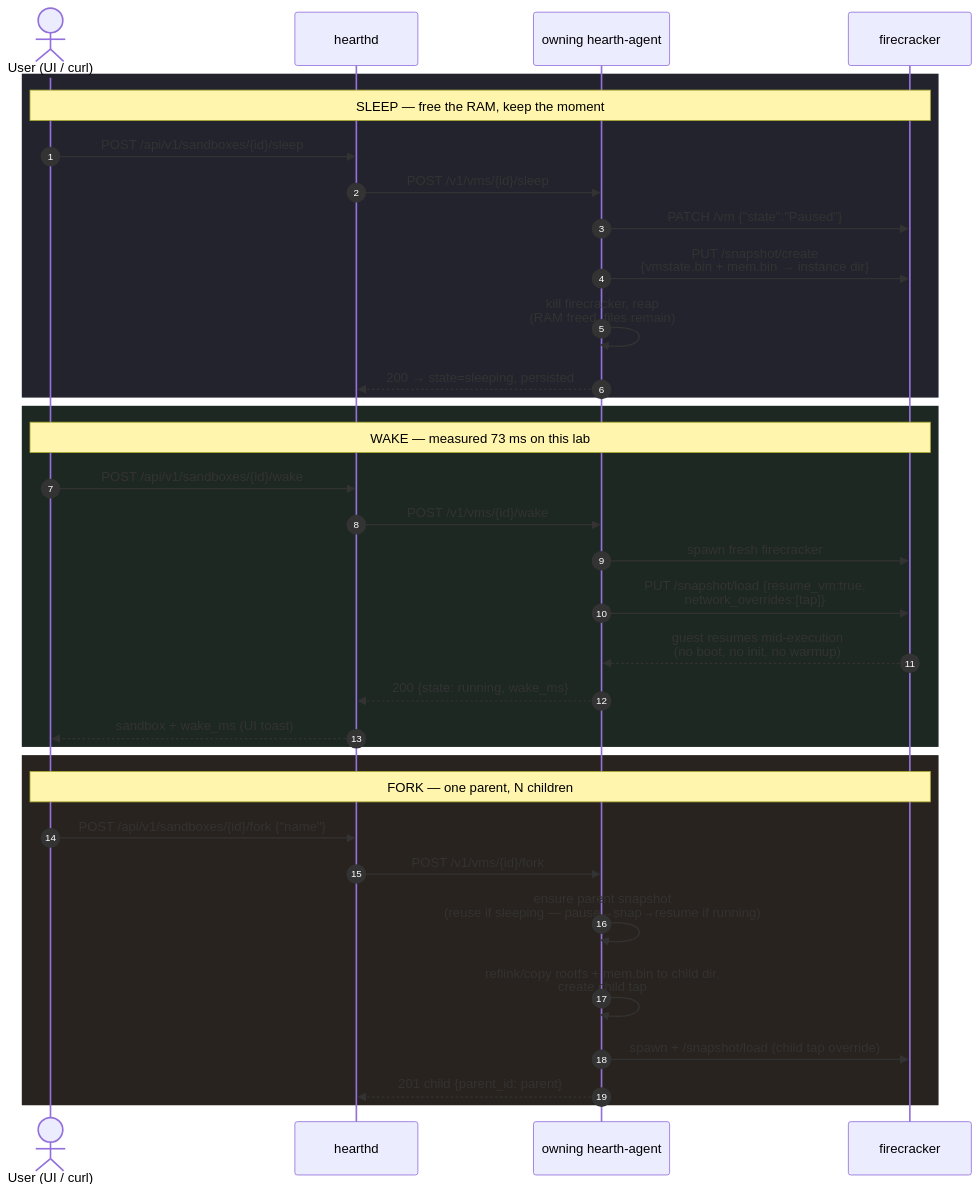
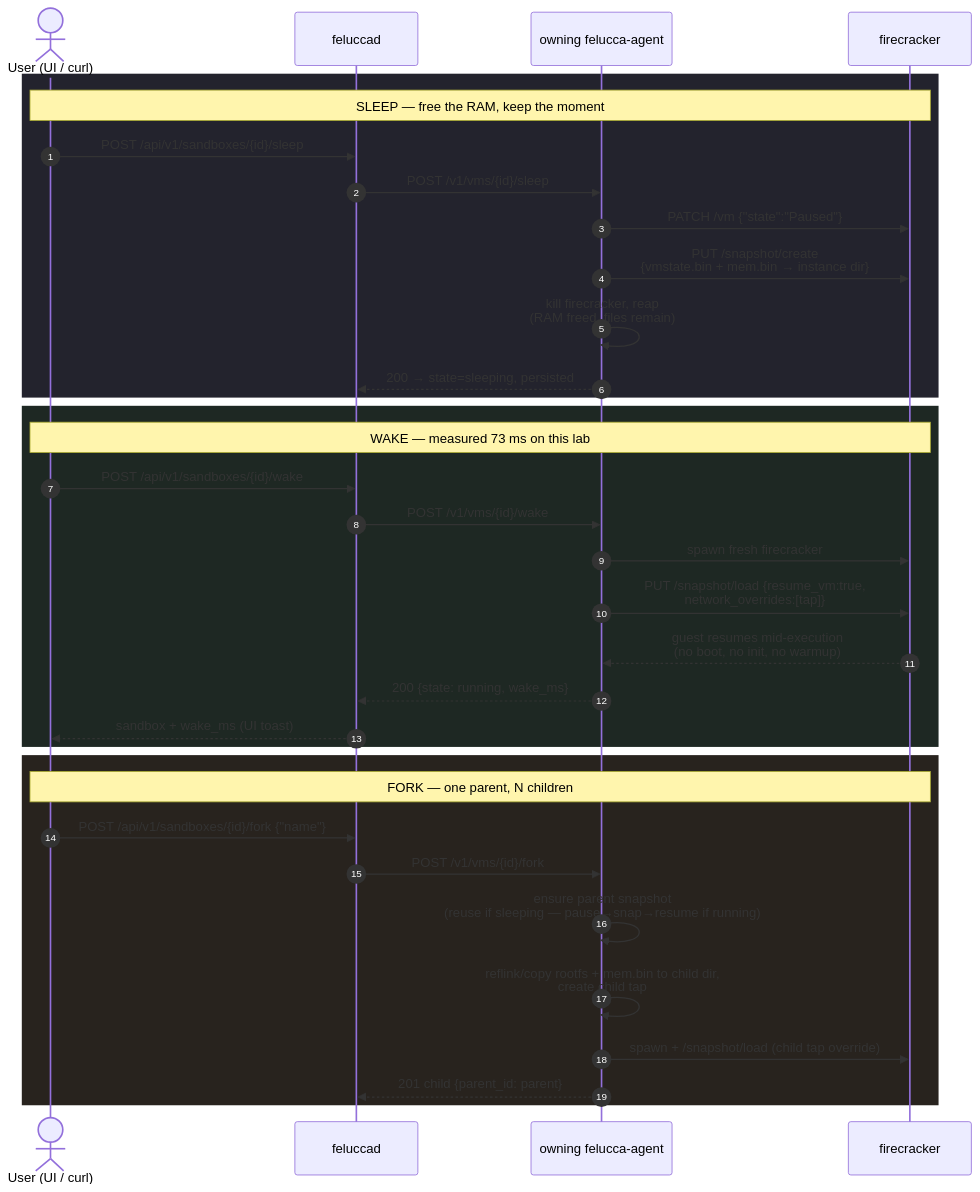
The seventh of 11 diagrams in docs/ARCHITECTURE.md (Sodoko-dev/felucca), drawn with Mermaid before and after one commit. The commit also changed other lines of this file and 192 other files, not shown here.

````diff
--- a/docs/ARCHITECTURE.md
+++ b/docs/ARCHITECTURE.md
@@ -308,39 +308,39 @@
 ```mermaid
 sequenceDiagram
     autonumber
     actor U as User (UI / curl)
-    participant H as hearthd
-    participant A as owning hearth-agent
+    participant H as feluccad
+    participant A as owning felucca-agent
     participant F as firecracker
 
     rect rgb(35,35,45)
     Note over U,F: SLEEP — free the RAM, keep the moment
     U->>H: POST /api/v1/sandboxes/{id}/sleep
     H->>A: POST /v1/vms/{id}/sleep
     A->>F: PATCH /vm {"state":"Paused"}
     A->>F: PUT /snapshot/create<br/>{vmstate.bin + mem.bin → instance dir}
     A->>A: kill firecracker, reap<br/>(RAM freed, files remain)
     A-->>H: 200 → state=sleeping, persisted
     end
 
     rect rgb(30,40,35)
     Note over U,F: WAKE — measured 73 ms on this lab
     U->>H: POST /api/v1/sandboxes/{id}/wake
     H->>A: POST /v1/vms/{id}/wake
     A->>F: spawn fresh firecracker
     A->>F: PUT /snapshot/load {resume_vm:true,<br/>network_overrides:[tap]}
     F-->>A: guest resumes mid-execution<br/>(no boot, no init, no warmup)
     A-->>H: 200 {state: running, wake_ms}
     H-->>U: sandbox + wake_ms (UI toast)
     end
 
     rect rgb(40,35,30)
     Note over U,F: FORK — one parent, N children
     U->>H: POST /api/v1/sandboxes/{id}/fork {"name"}
     H->>A: POST /v1/vms/{id}/fork
     A->>A: ensure parent snapshot<br/>(reuse if sleeping — pause→snap→resume if running)
     A->>A: reflink/copy rootfs + mem.bin to child dir,<br/>create child tap
     A->>F: spawn + /snapshot/load (child tap override)
     A-->>H: 201 child {parent_id: parent}
     end
 ```
````
